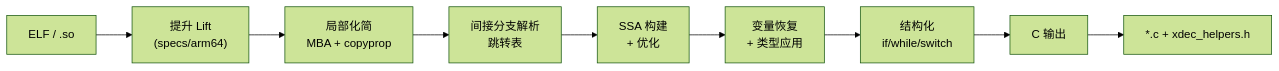
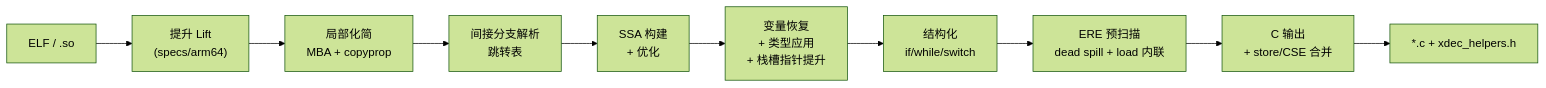
One commit to zhuzhu-Top/xdec changed the diagram in README.md. Above: the diagram before and after it, drawn with Mermaid (forest theme). The commit also changed other lines of this file and 69 other files, not shown here.

````diff
--- a/README.md
+++ b/README.md
@@ -71,11 +71,12 @@
 ```mermaid
 flowchart LR
   BIN["ELF / .so"] --> LIFT["提升 Lift\n(specs/arm64)"]
   LIFT --> LOCAL["局部化简\nMBA + copyprop"]
   LOCAL --> RESOLVE["间接分支解析\n跳转表"]
   RESOLVE --> SSA["SSA 构建\n+ 优化"]
-  SSA --> VARS["变量恢复\n+ 类型应用"]
+  SSA --> VARS["变量恢复\n+ 类型应用\n+ 栈槽指针提升"]
   VARS --> STRUCT["结构化\nif/while/switch"]
-  STRUCT --> EMIT["C 输出"]
+  STRUCT --> ERE["ERE 预扫描\ndead spill + load 内联"]
+  ERE --> EMIT["C 输出\n+ store/CSE 合并"]
   EMIT --> OUT["*.c + xdec_helpers.h"]
 ```
````
